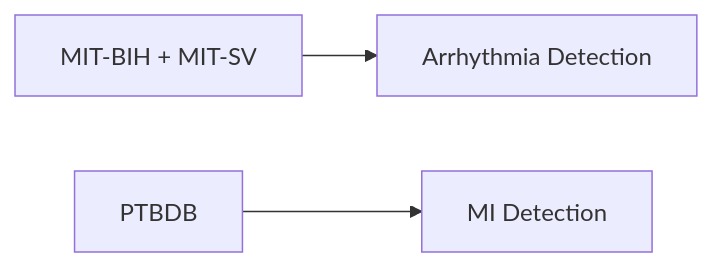
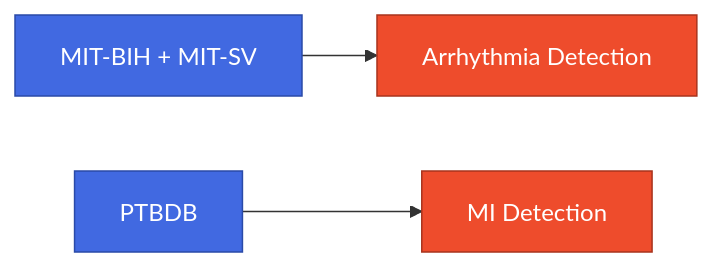
One commit to hamim0047/CardiShirt changed the sixth of 7 diagrams in ai-training/readme.md. Above: the diagram before and after it, drawn with Mermaid. The commit also changed other lines of this file, not shown here.

````diff
--- a/ai-training/readme.md
+++ b/ai-training/readme.md
@@ -272,5 +288,10 @@
 ```mermaid
 flowchart LR
     A["MIT-BIH + MIT-SV"] --> B[Arrhythmia Detection]
     C[PTBDB] --> D[MI Detection]
+
+    classDef dataset fill:#4169e1,stroke:#2a4aa8,color:#fff
+    classDef task fill:#ee4c2c,stroke:#a8331d,color:#fff
+    class A,C dataset
+    class B,D task
 ```
````
